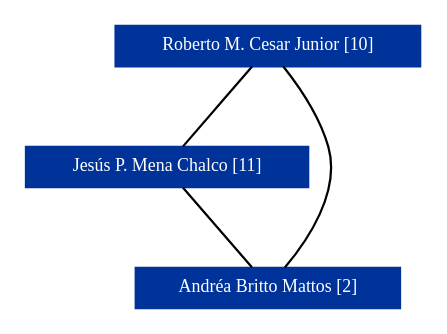
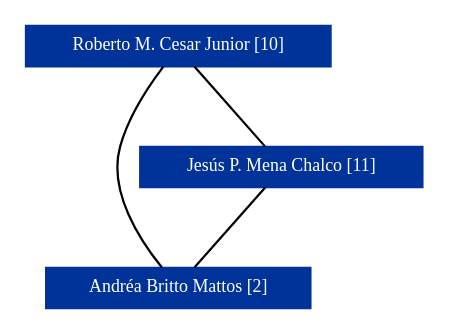
The diagram in exemplo/teste-01/grafoDeColaboracoesSemPesos.dot (charles-souza/tcc-script-lattes), drawn with Graphviz before and after one commit. The commit also changed other lines of this file and 41 other files, not shown here.

```diff
--- a/exemplo/teste-01/grafoDeColaboracoesSemPesos.dot
+++ b/exemplo/teste-01/grafoDeColaboracoesSemPesos.dot
@@ -1,10 +1,10 @@
 strict graph grafo1 {
 	graph [bb="0,0,176,126", id=grafo1, overlap=False];
 	node [label="\N", fontsize=8, shape=rectangle, style=filled];
 	0 [label="Roberto M. Cesar Junior [10]", URL="http://lattes.cnpq.br/2240951178648368", color="#003399", fontcolor="#FFFFFF", height="0.25", pos="108,117", width="1.8889"];
+	2 [label="Andréa Britto Mattos [2]", URL="http://lattes.cnpq.br/2837012019824386", color="#003399", fontcolor="#FFFFFF", height="0.25", pos="108,9", width="1.6389"];
 	1 [label="Jesús P. Mena Chalco [11]", URL="http://lattes.cnpq.br/4727357182510680", color="#003399", fontcolor="#FFFFFF", height="0.25", pos="63,63", width="1.75"];
-	2 [label="Andréa Britto Mattos [2]", URL="http://lattes.cnpq.br/2837012019824386", color="#003399", fontcolor="#FFFFFF", height="0.25", pos="108,9", width="1.6389"];
+	0 -- 2 [pos="115.66,107.7 122.24,99.06 131.25,85.522 135,72 140.53,52.046 126.07,30.112 116.24,18.109"];
 	0 -- 1 [pos="100.16,107.59 91.902,97.683 78.974,82.169 70.749,72.298"];
-	0 -- 2 [pos="115.66,107.7 122.24,99.06 131.25,85.522 135,72 140.53,52.046 126.07,30.112 116.24,18.109"];
 	1 -- 2 [pos="70.838,53.594 79.098,43.683 92.026,28.169 100.25,18.298"];
 }
```
